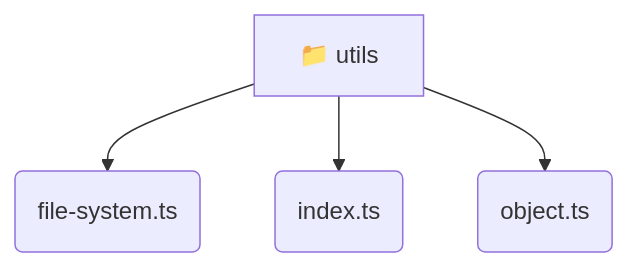
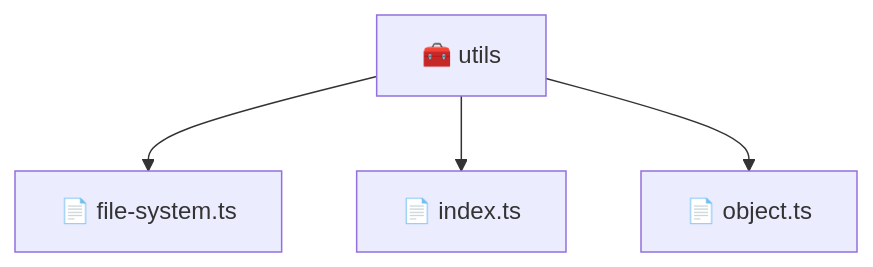
The diagram in backend/src/common/utils/README.md (beginwebdev2002/fullstack-mavluda), drawn with Mermaid before and after one commit. The commit also changed other lines of this file and 163 other files, not shown here.

````diff
--- a/backend/src/common/utils/README.md
+++ b/backend/src/common/utils/README.md
@@ -9,7 +9,7 @@
 ```mermaid
 graph TD
-  utils[📁 utils]
-  utils --> utils_file_system_ts(file-system.ts)
-  utils --> utils_index_ts(index.ts)
-  utils --> utils_object_ts(object.ts)
+  Root["🧰 utils"]
+  Root --> filesystemts["📄 file-system.ts"]
+  Root --> indexts["📄 index.ts"]
+  Root --> objectts["📄 object.ts"]
 ```
````
